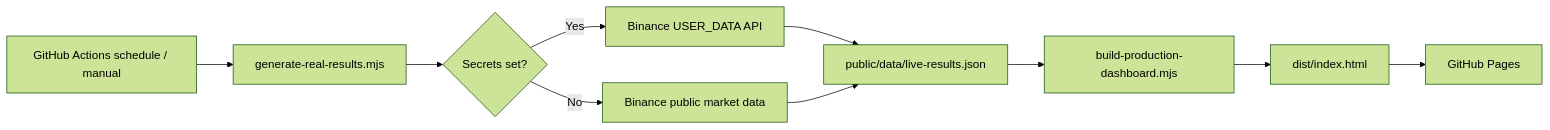
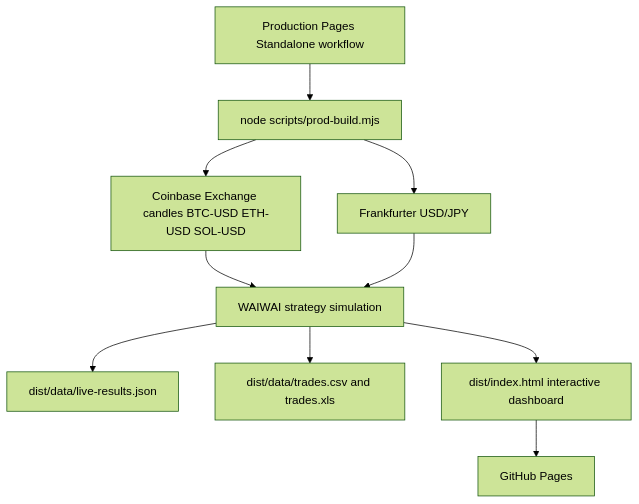
One commit to univcorp2-ctrl/crypto-auto-trade-sim changed the diagram in docs/architecture.md. Above: the diagram before and after it, drawn with Mermaid (forest theme). The commit also changed other lines of this file, not shown here.

Commit message:
Rebuild dashboard with verified market data flow and interactions

````diff
--- a/docs/architecture.md
+++ b/docs/architecture.md
@@ -3,12 +5,12 @@
 ```mermaid
-flowchart LR
-  A[GitHub Actions schedule / manual] --> B[generate-real-results.mjs]
-  B --> C{Secrets set?}
-  C -->|Yes| D[Binance USER_DATA API]
-  C -->|No| E[Binance public market data]
-  D --> F[public/data/live-results.json]
-  E --> F
-  F --> G[build-production-dashboard.mjs]
-  G --> H[dist/index.html]
+flowchart TD
+  A[Production Pages Standalone workflow] --> B[node scripts/prod-build.mjs]
+  B --> C[Coinbase Exchange candles BTC-USD ETH-USD SOL-USD]
+  B --> D[Frankfurter USD/JPY]
+  C --> E[WAIWAI strategy simulation]
+  D --> E
+  E --> F[dist/data/live-results.json]
+  E --> G[dist/data/trades.csv and trades.xls]
+  E --> H[dist/index.html interactive dashboard]
   H --> I[GitHub Pages]
 ```
````
